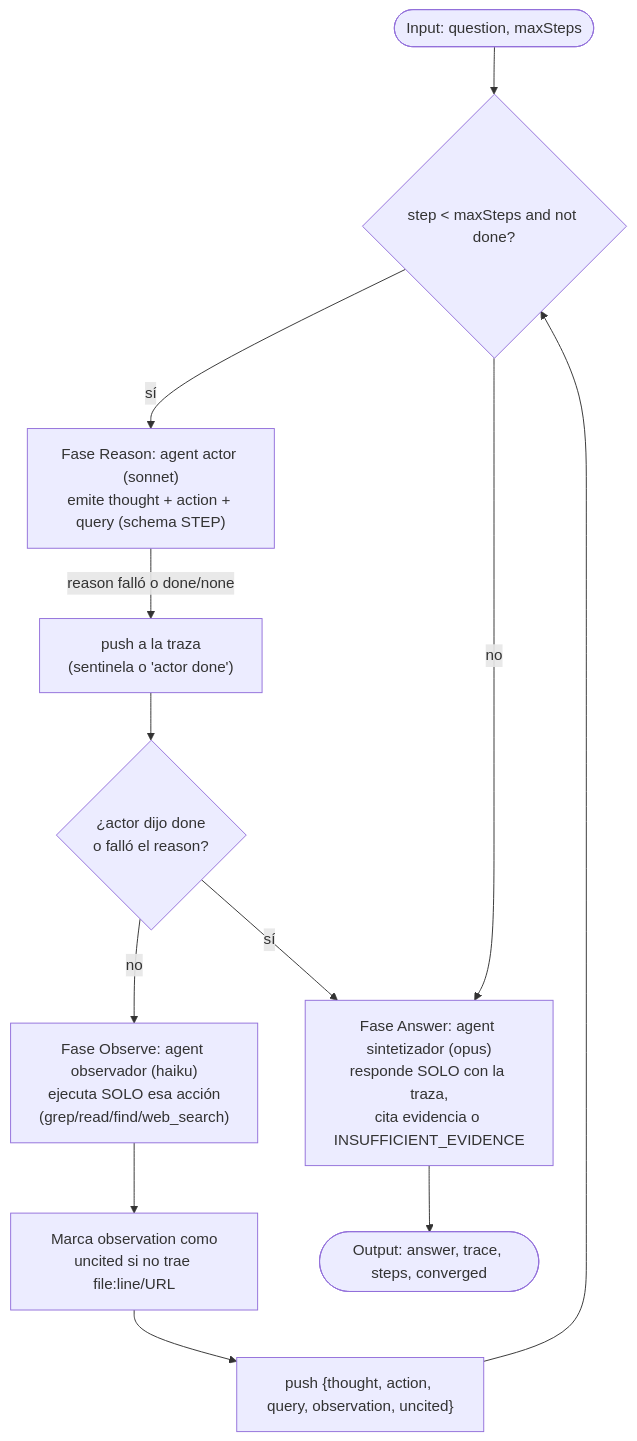
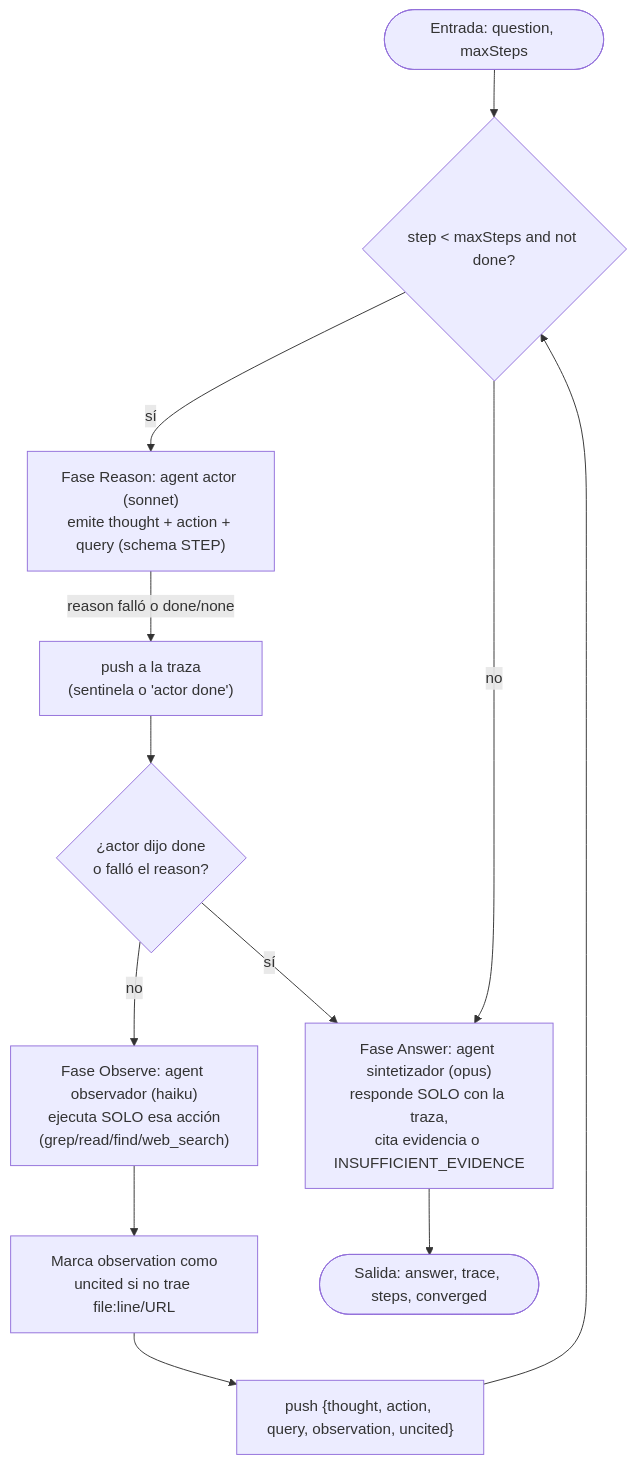
One commit to andrestobelem/pandi-extensions changed the diagram in docs/scaffolds/react-scout.md. Above: the diagram before and after it, drawn with Mermaid. The commit also changed other lines of this file and 200 other files, not shown here.

````diff
--- a/docs/scaffolds/react-scout.md
+++ b/docs/scaffolds/react-scout.md
@@ -32,14 +32,14 @@
 ```mermaid
 flowchart TD
-    Start(["Input: question, maxSteps"]) --> Loop{"step < maxSteps and not done?"}
+    Start(["Entrada: question, maxSteps"]) --> Loop{"step < maxSteps and not done?"}
     Loop -- sí --> Reason["Fase Reason: agent actor (sonnet)\nemite thought + action + query (schema STEP)"]
     Reason -- "reason falló o done/none" --> Trace1["push a la traza\n(sentinela o 'actor done')"]
     Trace1 --> Done{"¿actor dijo done\no falló el reason?"}
     Done -- sí --> Answer
     Done -- no --> Observe["Fase Observe: agent observador (haiku)\nejecuta SOLO esa acción\n(grep/read/find/web_search)"]
     Observe --> Cite["Marca observation como\nuncited si no trae file:line/URL"]
     Cite --> Trace2["push {thought, action, query, observation, uncited}"]
     Trace2 --> Loop
     Loop -- no --> Answer["Fase Answer: agent sintetizador (opus)\nresponde SOLO con la traza,\ncita evidencia o INSUFFICIENT_EVIDENCE"]
-    Answer --> Out(["Output: answer, trace, steps, converged"])
+    Answer --> Out(["Salida: answer, trace, steps, converged"])
 ```
````
